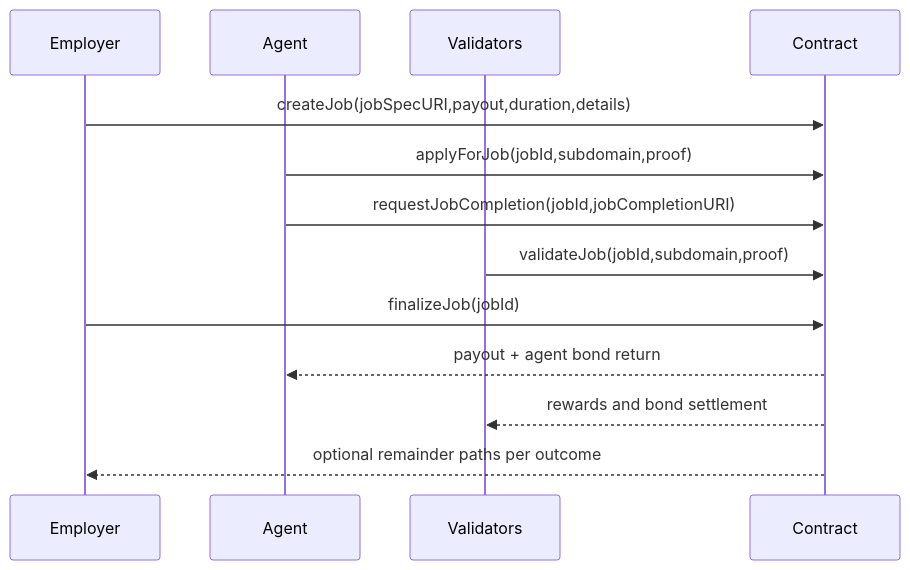
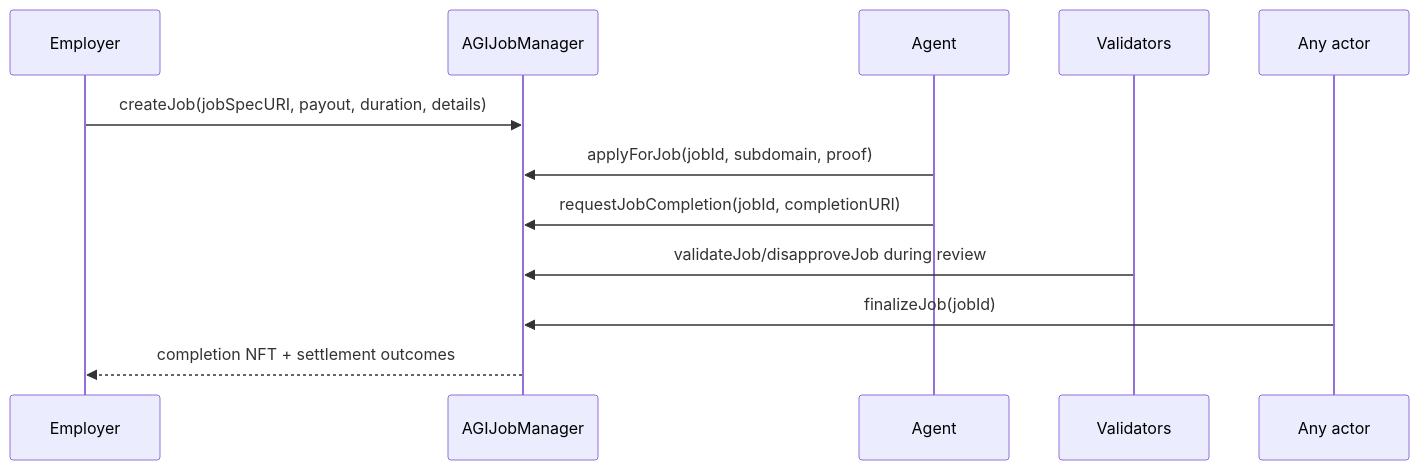
The fourth of 4 diagrams in docs/DEPLOYMENT/OWNER_MAINNET_DEPLOYMENT_AND_OPERATIONS_GUIDE.md (MontrealAI/AGIJobManager), drawn with Mermaid before and after one commit. The commit also changed other lines of this file, not shown here.

Commit message:
docs: address owner-guide review comments

````diff
--- a/docs/DEPLOYMENT/OWNER_MAINNET_DEPLOYMENT_AND_OPERATIONS_GUIDE.md
+++ b/docs/DEPLOYMENT/OWNER_MAINNET_DEPLOYMENT_AND_OPERATIONS_GUIDE.md
@@ -372,16 +328,14 @@
 ```mermaid
 sequenceDiagram
   participant Employer
+  participant Contract as AGIJobManager
   participant Agent
   participant Validators
-  participant Contract
 
-  Employer->>Contract: createJob(jobSpecURI,payout,duration,details)
-  Agent->>Contract: applyForJob(jobId,subdomain,proof)
-  Agent->>Contract: requestJobCompletion(jobId,jobCompletionURI)
-  Validators->>Contract: validateJob(jobId,subdomain,proof)
-  Employer->>Contract: finalizeJob(jobId)
-  Contract-->>Agent: payout + agent bond return
-  Contract-->>Validators: rewards and bond settlement
-  Contract-->>Employer: optional remainder paths per outcome
+  Employer->>Contract: createJob(jobSpecURI, payout, duration, details)
+  Agent->>Contract: applyForJob(jobId, subdomain, proof)
+  Agent->>Contract: requestJobCompletion(jobId, completionURI)
+  Validators->>Contract: validateJob/disapproveJob during review
+  Any actor->>Contract: finalizeJob(jobId)
+  Contract-->>Employer: completion NFT + settlement outcomes
 ```
````
